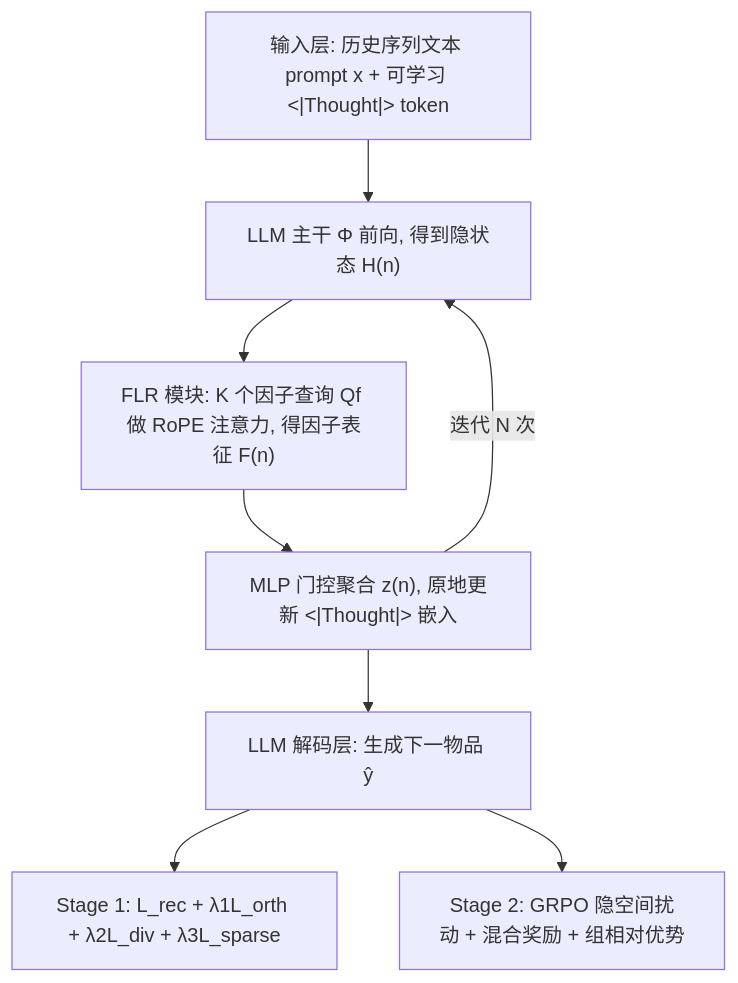
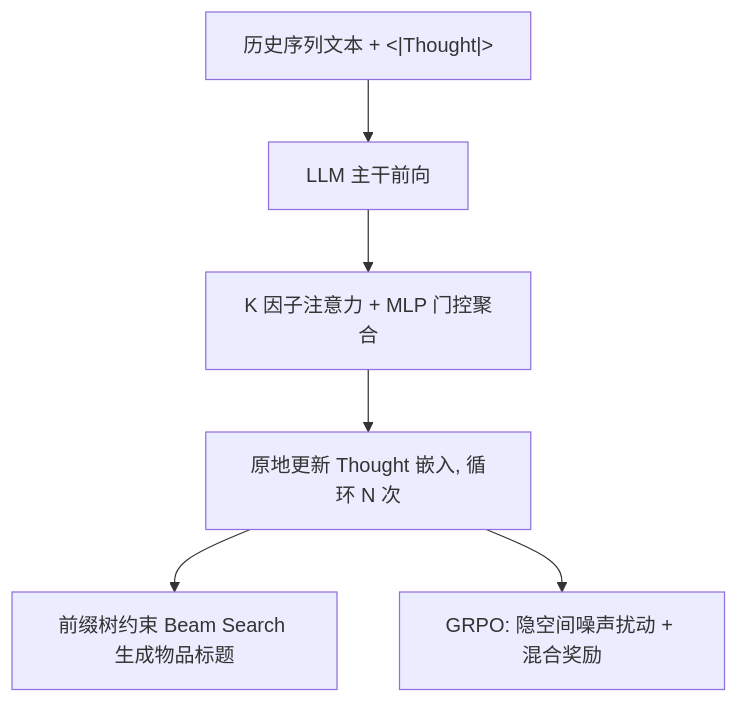
Before and after one commit to jbdcia321vw/Paper-Notes: the diagram in docs/venues/SIGIR/2026/llm_rec/factorized_latent_reasoning_for_llm_based_recommendation.md, drawn with Mermaid. The commit also changed other lines of this file and 1119 other files, not shown here.

````diff
--- a/docs/venues/SIGIR/2026/llm_rec/factorized_latent_reasoning_for_llm_based_recommendation.md
+++ b/docs/venues/SIGIR/2026/llm_rec/factorized_latent_reasoning_for_llm_based_recommendation.md
@@ -60,10 +46,8 @@
 ```mermaid
 flowchart TD
-    A["输入层: 历史序列文本 prompt x + 可学习 &lt;|Thought|&gt; token"] --> B["LLM 主干 Φ 前向, 得到隐状态 H(n)"]
-    B --> C["FLR 模块: K 个因子查询 Qf 做 RoPE 注意力, 得因子表征 F(n)"]
-    C --> D["MLP 门控聚合 z(n), 原地更新 &lt;|Thought|&gt; 嵌入"]
-    D -->|"迭代 N 次"| B
-    D --> E["LLM 解码层: 生成下一物品 ŷ"]
-    E --> F["Stage 1: L_rec + λ1L_orth + λ2L_div + λ3L_sparse"]
-    E --> G["Stage 2: GRPO 隐空间扰动 + 混合奖励 + 组相对优势"]
+    A["历史序列文本 + <|Thought|>"] --> B["LLM 主干前向"]
+    B --> C["K 因子注意力 + MLP 门控聚合"]
+    C --> D["原地更新 Thought 嵌入, 循环 N 次"]
+    D --> E["前缀树约束 Beam Search 生成物品标题"]
+    D --> F["GRPO: 隐空间噪声扰动 + 混合奖励"]
 ```
````
